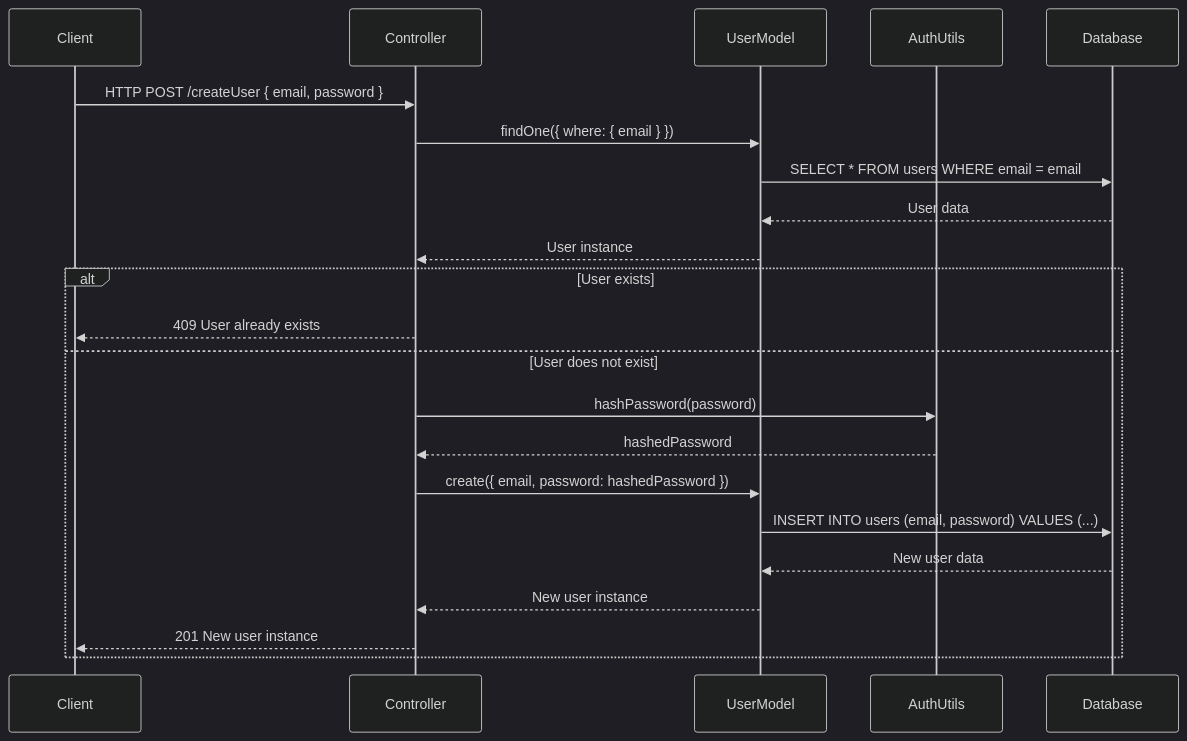
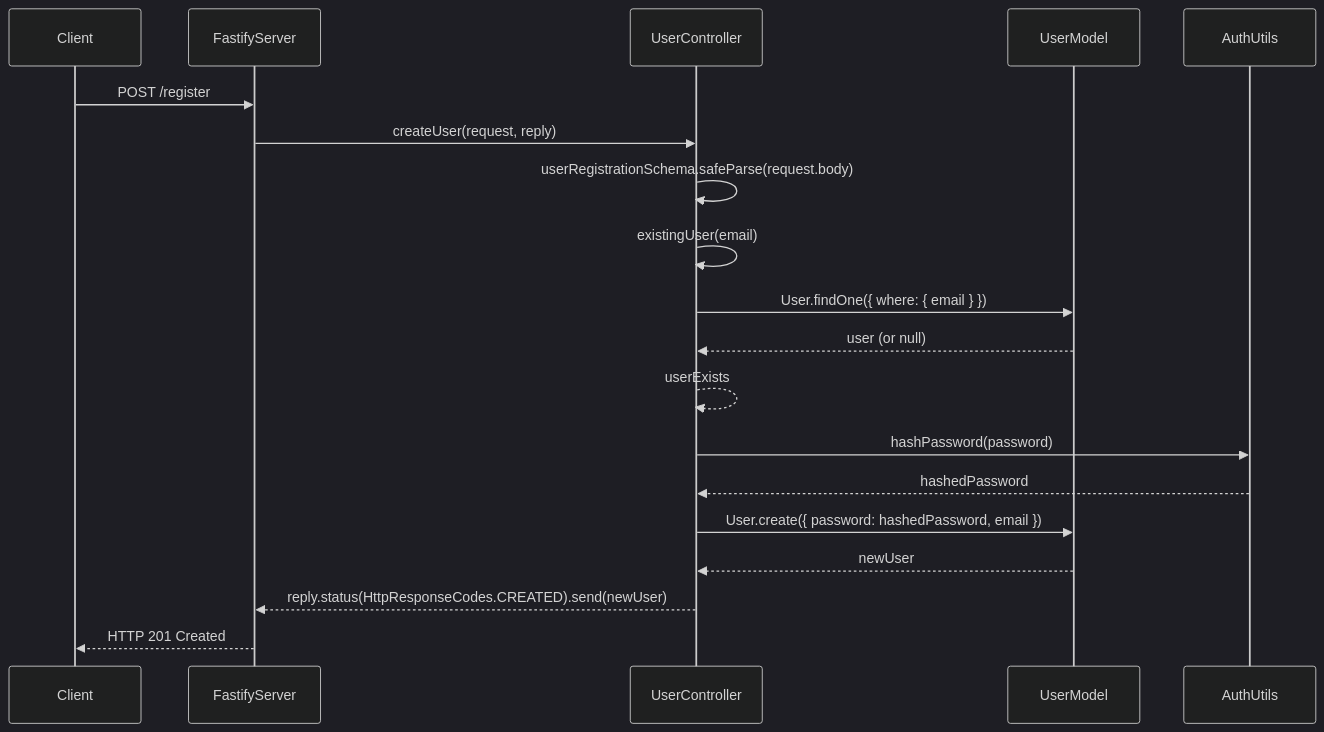
One commit to JohnsonJay/pos changed the first of 3 diagrams in src/modules/user/README.md. Above: the diagram before and after it, drawn with Mermaid (dark theme). The commit also changed other lines of this file and 1 other file, not shown here.

Commit message:
update user readme

````diff
--- a/src/modules/user/README.md
+++ b/src/modules/user/README.md
@@ -3,25 +3,22 @@
 ```mermaid
 sequenceDiagram
     participant Client
-    participant Controller
+    participant FastifyServer
+    participant UserController
     participant UserModel
     participant AuthUtils
-    participant Database
 
-    Client->>Controller: HTTP POST /createUser { email, password }
-    Controller->>UserModel: findOne({ where: { email } })
-    UserModel->>Database: SELECT * FROM users WHERE email = email
-    Database-->>UserModel: User data
-    UserModel-->>Controller: User instance
-    alt User exists
-        Controller-->>Client: 409 User already exists
-    else User does not exist
-        Controller->>AuthUtils: hashPassword(password)
-        AuthUtils-->>Controller: hashedPassword
-        Controller->>UserModel: create({ email, password: hashedPassword })
-        UserModel->>Database: INSERT INTO users (email, password) VALUES (...)
-        Database-->>UserModel: New user data
-        UserModel-->>Controller: New user instance
-        Controller-->>Client: 201 New user instance
-    end
+    Client->>FastifyServer: POST /register
+    FastifyServer->>UserController: createUser(request, reply)
+    UserController->>UserController: userRegistrationSchema.safeParse(request.body)
+    UserController->>UserController: existingUser(email)
+    UserController->>UserModel: User.findOne({ where: { email } })
+    UserModel-->>UserController: user (or null)
+    UserController-->>UserController: userExists
+    UserController->>AuthUtils: hashPassword(password)
+    AuthUtils-->>UserController: hashedPassword
+    UserController->>UserModel: User.create({ password: hashedPassword, email })
+    UserModel-->>UserController: newUser
+    UserController-->>FastifyServer: reply.status(HttpResponseCodes.CREATED).send(newUser)
+    FastifyServer-->>Client: HTTP 201 Created
 ```
````
